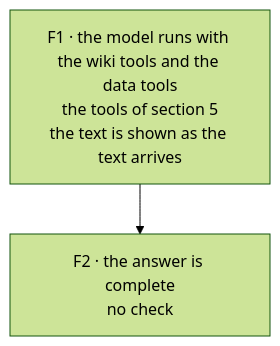
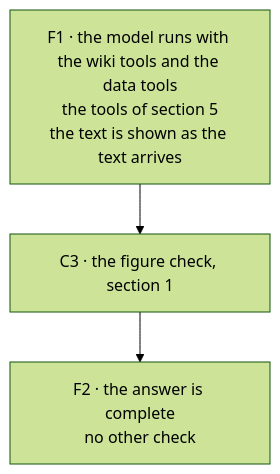
Before and after one commit to Clod/llmwiki-marimo: the fourth of 4 diagrams in docs/query_nodes.md, drawn with Mermaid (forest theme). The commit also changed other lines of this file and 126 other files, not shown here.

First line of the commit message:
feat: figure check of chat answers, images of the sources (off by default) and OCR

````diff
--- a/docs/query_nodes.md
+++ b/docs/query_nodes.md
@@ -290,6 +296,7 @@
 ```mermaid
 flowchart TD
     F1["F1 · the model runs with the wiki tools and the data tools<br/>the tools of section 5<br/>the text is shown as the text arrives"]
-    F2["F2 · the answer is complete<br/>no check"]
-    F1 --> F2
+    FC["C3 · the figure check, section 1"]
+    F2["F2 · the answer is complete<br/>no other check"]
+    F1 --> FC --> F2
 ```
````
